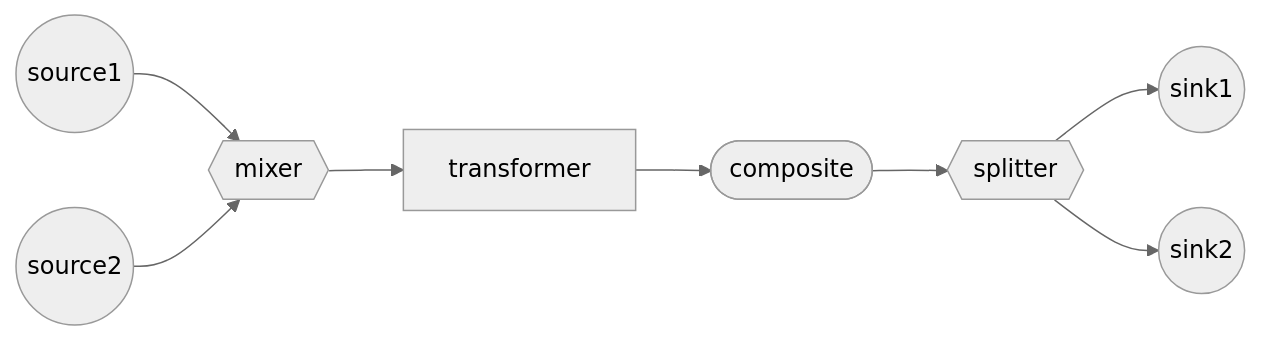
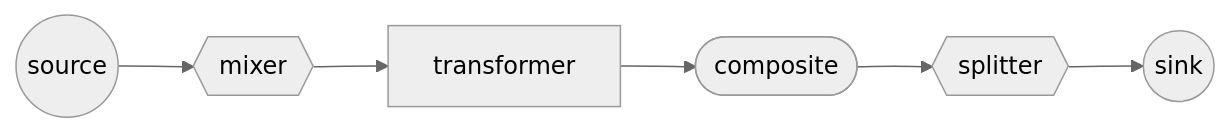
One commit to antonmi/Strom changed the first of 4 diagrams in README.md. Above: the diagram before and after it, drawn with Mermaid (neutral theme). The commit also changed other lines of this file and 12 other files, not shown here.

````diff
--- a/README.md
+++ b/README.md
@@ -17,10 +17,8 @@
 ```mermaid
 graph LR;
-    source1(("source1")) --> mixer{{"mixer"}}
-    source2(("source2")) --> mixer{{"mixer"}}
+    source(("source")) --> mixer{{"mixer"}}
     mixer{{"mixer"}} --> transformer["transformer"]
     transformer["transformer"] --> composite(["composite"])
     composite(["composite"]) --> splitter{{"splitter"}}
-    splitter{{"splitter"}} --> sink1(("sink1")) 
-    splitter{{"splitter"}} --> sink2(("sink2")) 
+    splitter{{"splitter"}} --> sink(("sink")) 
 ```
````
